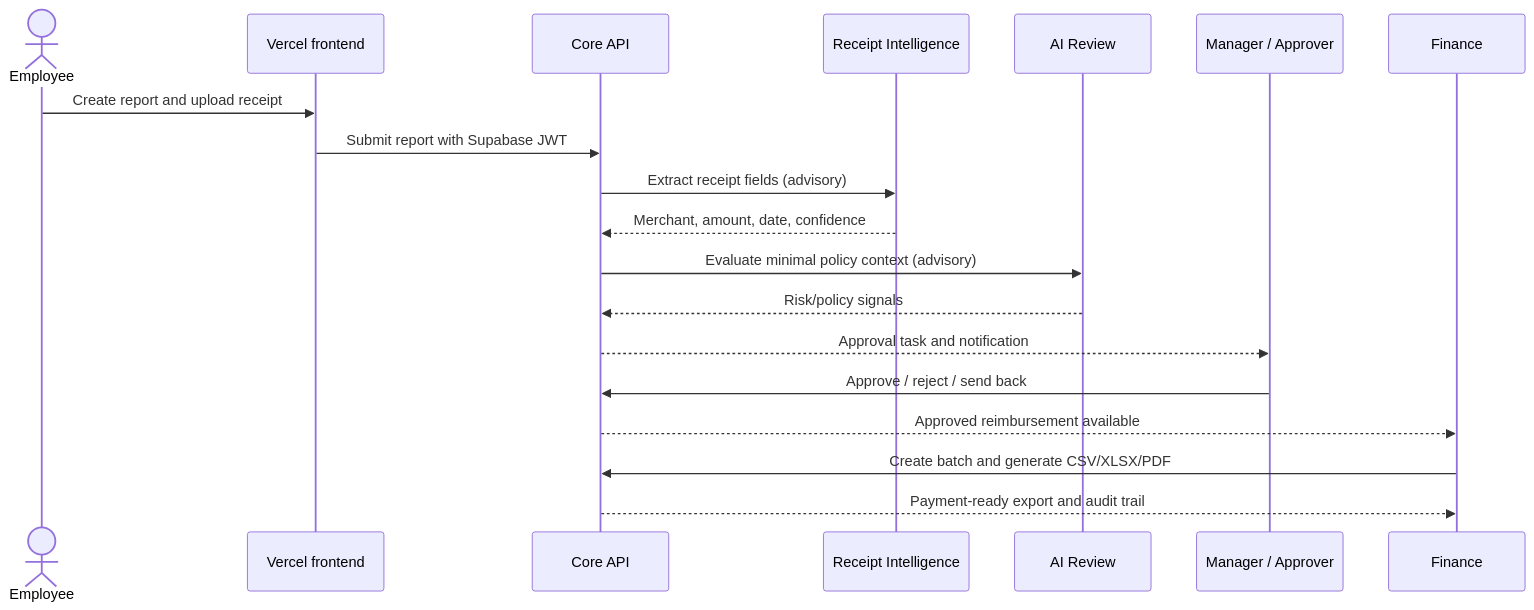
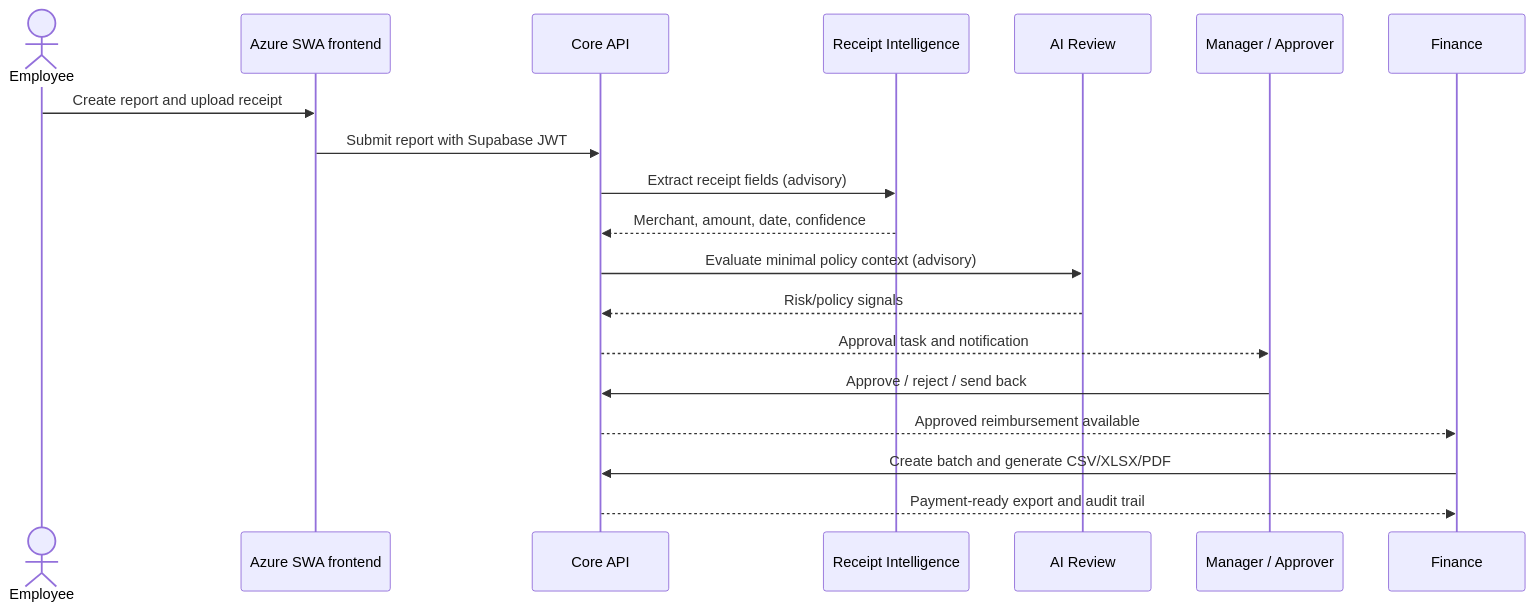
The third of 5 diagrams in README.md (Shreesh-Sree/presidio_reimbursement_approval_tool), drawn with Mermaid before and after one commit. The commit also changed other lines of this file and 17 other files, not shown here.

````diff
--- a/README.md
+++ b/README.md
@@ -135,22 +135,22 @@
 ```mermaid
 sequenceDiagram
     actor Employee
-    participant UI as Vercel frontend
+    participant UI as Azure SWA frontend
     participant API as Core API
     participant OCR as Receipt Intelligence
     participant AI as AI Review
     participant Manager as Manager / Approver
     participant Finance as Finance
 
     Employee->>UI: Create report and upload receipt
     UI->>API: Submit report with Supabase JWT
     API->>OCR: Extract receipt fields (advisory)
     OCR-->>API: Merchant, amount, date, confidence
     API->>AI: Evaluate minimal policy context (advisory)
     AI-->>API: Risk/policy signals
     API-->>Manager: Approval task and notification
     Manager->>API: Approve / reject / send back
     API-->>Finance: Approved reimbursement available
     Finance->>API: Create batch and generate CSV/XLSX/PDF
     API-->>Finance: Payment-ready export and audit trail
 ```
````
